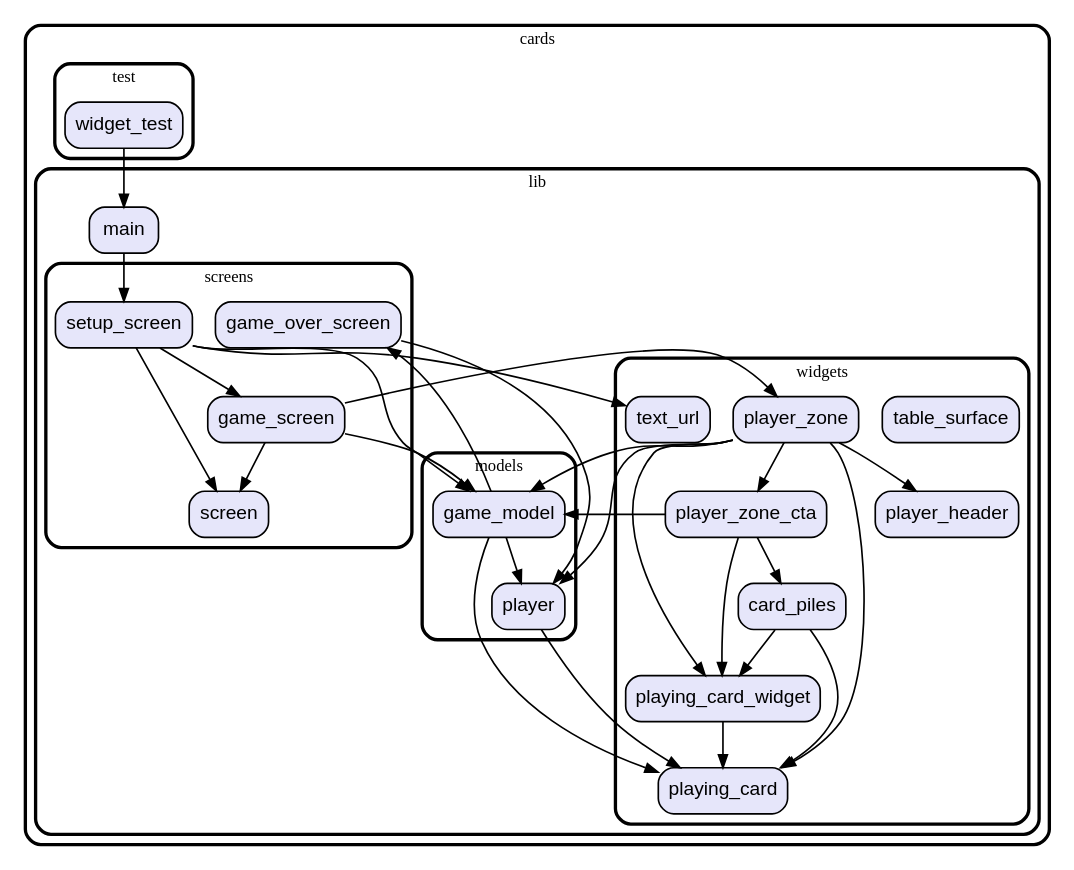
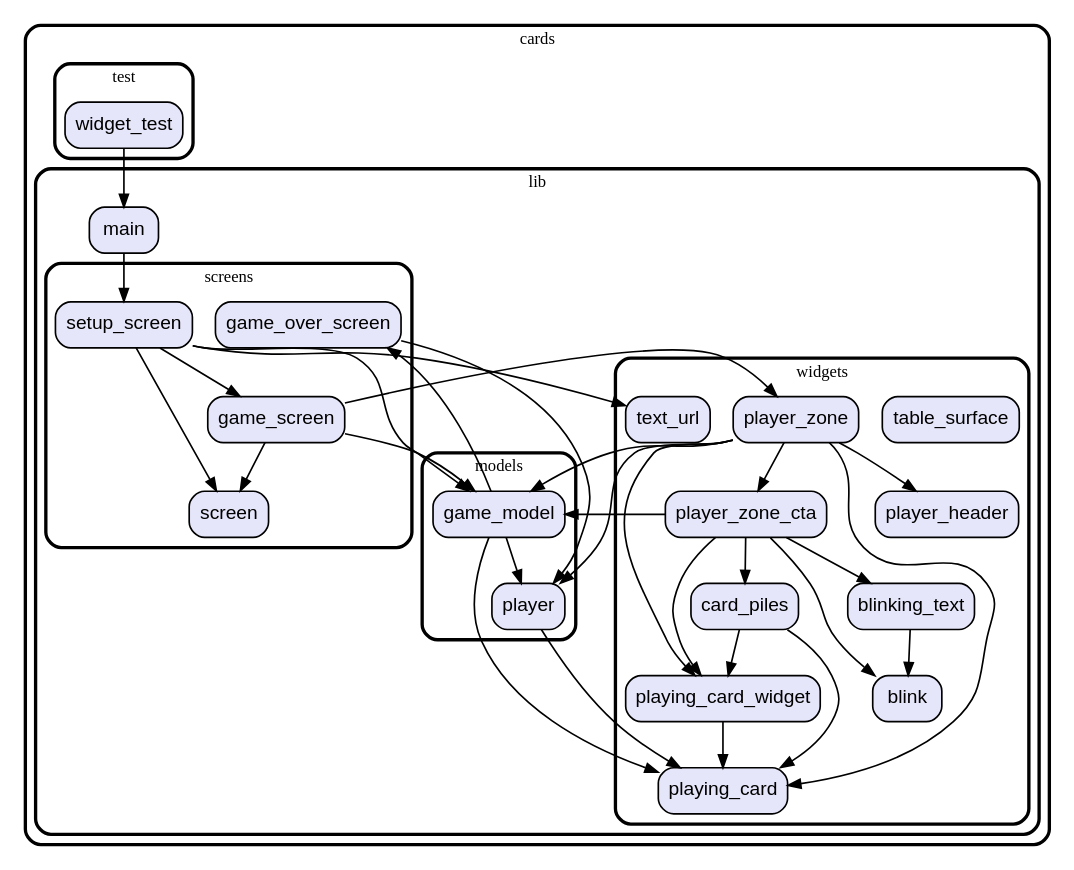
One commit to vteam-com/Cards changed the diagram in graph.dot. Above: the diagram before and after it, drawn with Graphviz. The commit also changed 2 other files, not shown here.

Commit message:
blink 0.2 to 1.0

```diff
--- a/graph.dot
+++ b/graph.dot
@@ -1,81 +1,88 @@
 digraph "" {
   graph [style=rounded fontname="Arial Black" fontsize=13 penwidth=2.6];
   node [shape=rect style="filled,rounded" fontname=Arial fontsize=15 fillcolor=Lavender penwidth=1.3];
   edge [penwidth=1.3];
   "/test/widget_test.dart" [label="widget_test"];
   "/lib/models/game_model.dart" [label="game_model"];
   "/lib/models/player.dart" [label="player"];
   "/lib/screens/game_screen.dart" [label="game_screen"];
   "/lib/screens/game_over_screen.dart" [label="game_over_screen"];
   "/lib/screens/setup_screen.dart" [label="setup_screen"];
   "/lib/screens/screen.dart" [label="screen"];
   "/lib/main.dart" [label="main"];
+  "/lib/widgets/blink.dart" [label="blink"];
   "/lib/widgets/playing_card_widget.dart" [label="playing_card_widget"];
   "/lib/widgets/table_surface.dart" [label="table_surface"];
+  "/lib/widgets/blinking_text.dart" [label="blinking_text"];
   "/lib/widgets/player_zone.dart" [label="player_zone"];
   "/lib/widgets/playing_card.dart" [label="playing_card"];
   "/lib/widgets/card_piles.dart" [label="card_piles"];
   "/lib/widgets/player_zone_cta.dart" [label="player_zone_cta"];
   "/lib/widgets/player_header.dart" [label="player_header"];
   "/lib/widgets/text_url.dart" [label="text_url"];
   subgraph "cluster~" {
     label="cards";
     subgraph "cluster~/test" {
       label="test";
       "/test/widget_test.dart";
     }
     subgraph "cluster~/lib" {
       label="lib";
       "/lib/main.dart";
       subgraph "cluster~/lib/models" {
         label="models";
         "/lib/models/game_model.dart";
         "/lib/models/player.dart";
       }
       subgraph "cluster~/lib/screens" {
         label="screens";
         "/lib/screens/game_screen.dart";
         "/lib/screens/game_over_screen.dart";
         "/lib/screens/setup_screen.dart";
         "/lib/screens/screen.dart";
       }
       subgraph "cluster~/lib/widgets" {
         label="widgets";
+        "/lib/widgets/blink.dart";
         "/lib/widgets/playing_card_widget.dart";
         "/lib/widgets/table_surface.dart";
+        "/lib/widgets/blinking_text.dart";
         "/lib/widgets/player_zone.dart";
         "/lib/widgets/playing_card.dart";
         "/lib/widgets/card_piles.dart";
         "/lib/widgets/player_zone_cta.dart";
         "/lib/widgets/player_header.dart";
         "/lib/widgets/text_url.dart";
       }
     }
   }
   "/test/widget_test.dart" -> "/lib/main.dart";
   "/lib/models/game_model.dart" -> "/lib/models/player.dart";
   "/lib/models/game_model.dart" -> "/lib/screens/game_over_screen.dart";
   "/lib/models/game_model.dart" -> "/lib/widgets/playing_card.dart";
   "/lib/models/player.dart" -> "/lib/widgets/playing_card.dart";
   "/lib/screens/game_screen.dart" -> "/lib/screens/screen.dart";
   "/lib/screens/game_screen.dart" -> "/lib/widgets/player_zone.dart";
   "/lib/screens/game_screen.dart" -> "/lib/models/game_model.dart";
   "/lib/screens/game_over_screen.dart" -> "/lib/models/player.dart";
   "/lib/screens/setup_screen.dart" -> "/lib/models/game_model.dart";
   "/lib/screens/setup_screen.dart" -> "/lib/screens/game_screen.dart";
   "/lib/screens/setup_screen.dart" -> "/lib/screens/screen.dart";
   "/lib/screens/setup_screen.dart" -> "/lib/widgets/text_url.dart";
   "/lib/main.dart" -> "/lib/screens/setup_screen.dart";
   "/lib/widgets/playing_card_widget.dart" -> "/lib/widgets/playing_card.dart";
+  "/lib/widgets/blinking_text.dart" -> "/lib/widgets/blink.dart";
   "/lib/widgets/player_zone.dart" -> "/lib/models/game_model.dart";
   "/lib/widgets/player_zone.dart" -> "/lib/models/player.dart";
   "/lib/widgets/player_zone.dart" -> "/lib/widgets/player_header.dart";
   "/lib/widgets/player_zone.dart" -> "/lib/widgets/player_zone_cta.dart";
   "/lib/widgets/player_zone.dart" -> "/lib/widgets/playing_card.dart";
   "/lib/widgets/player_zone.dart" -> "/lib/widgets/playing_card_widget.dart";
   "/lib/widgets/card_piles.dart" -> "/lib/widgets/playing_card.dart";
   "/lib/widgets/card_piles.dart" -> "/lib/widgets/playing_card_widget.dart";
   "/lib/widgets/player_zone_cta.dart" -> "/lib/models/game_model.dart";
+  "/lib/widgets/player_zone_cta.dart" -> "/lib/widgets/blink.dart";
+  "/lib/widgets/player_zone_cta.dart" -> "/lib/widgets/blinking_text.dart";
   "/lib/widgets/player_zone_cta.dart" -> "/lib/widgets/card_piles.dart";
   "/lib/widgets/player_zone_cta.dart" -> "/lib/widgets/playing_card_widget.dart";
 }
```
